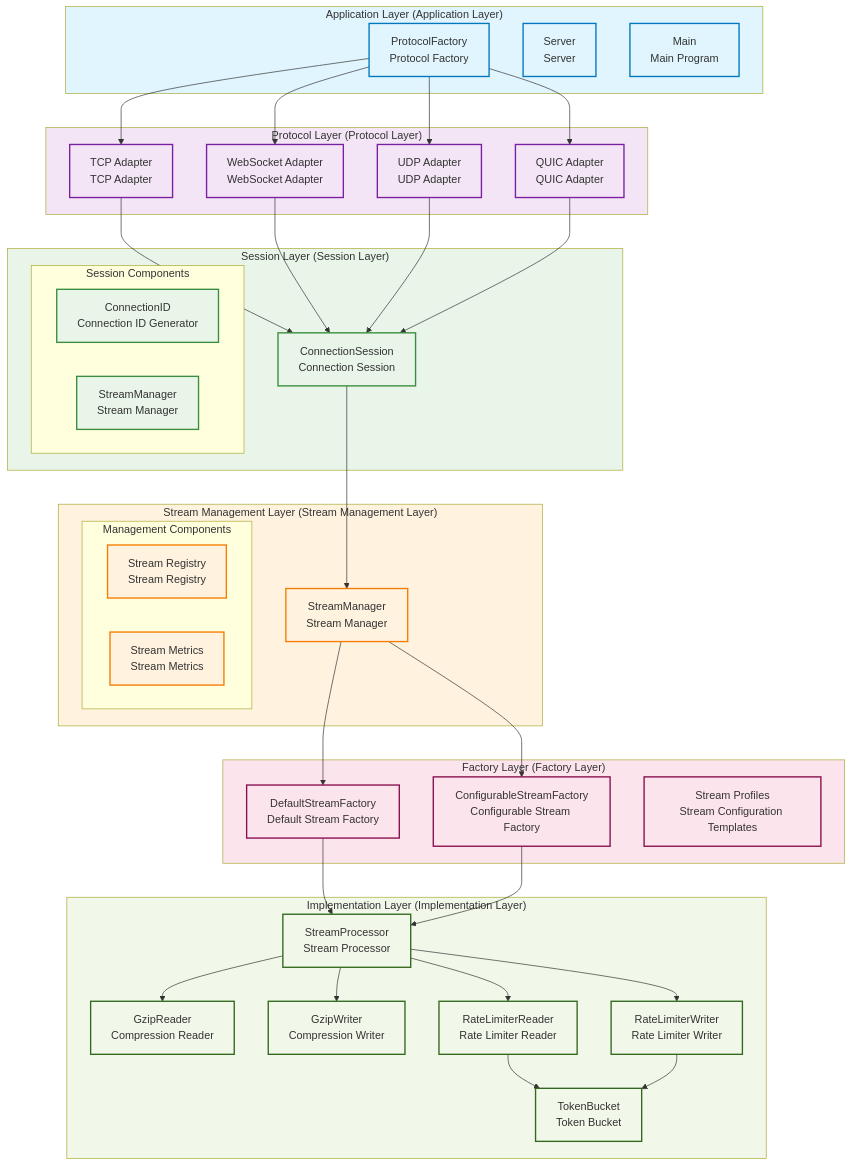
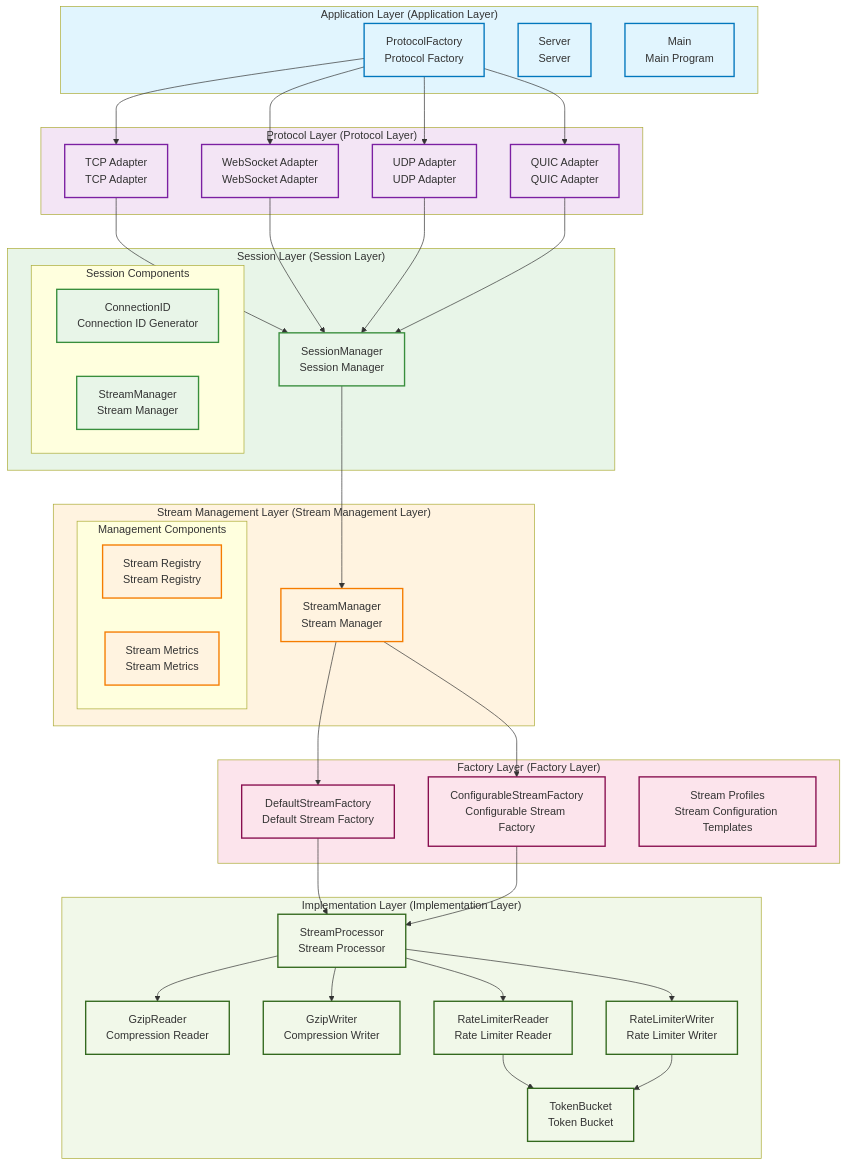
The second of 2 diagrams in README_EN.md (tunnox-net/tunnox-core), drawn with Mermaid before and after one commit. The commit also changed other lines of this file and 8 other files, not shown here.

First line of the commit message:
refactor: rename ConnectionSession to SessionManager and update related implementations

```diff
--- a/README_EN.md
+++ b/README_EN.md
@@ -245,7 +245,7 @@
     %% Session Layer (Session Layer)
     subgraph SL["Session Layer (Session Layer)"]
         style SL fill:#e8f5e8
-        CS[ConnectionSession<br/>Connection Session]
+        CS[SessionManager<br/>Session Manager]
         subgraph CS_INNER["Session Components"]
             CID[ConnectionID<br/>Connection ID Generator]
             SM[StreamManager<br/>Stream Manager]
```
